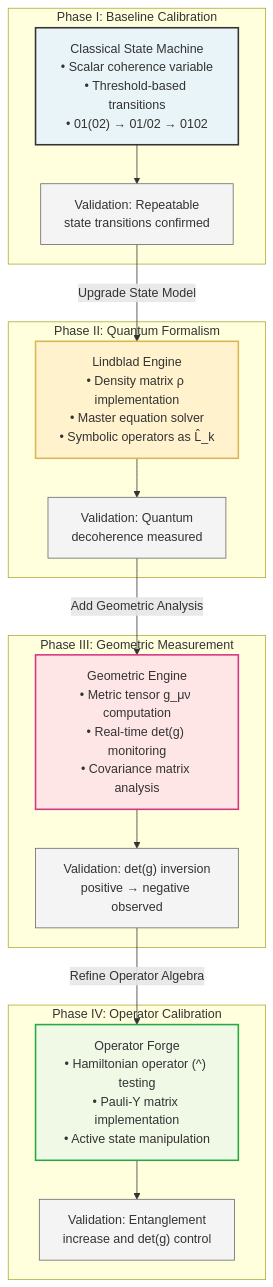
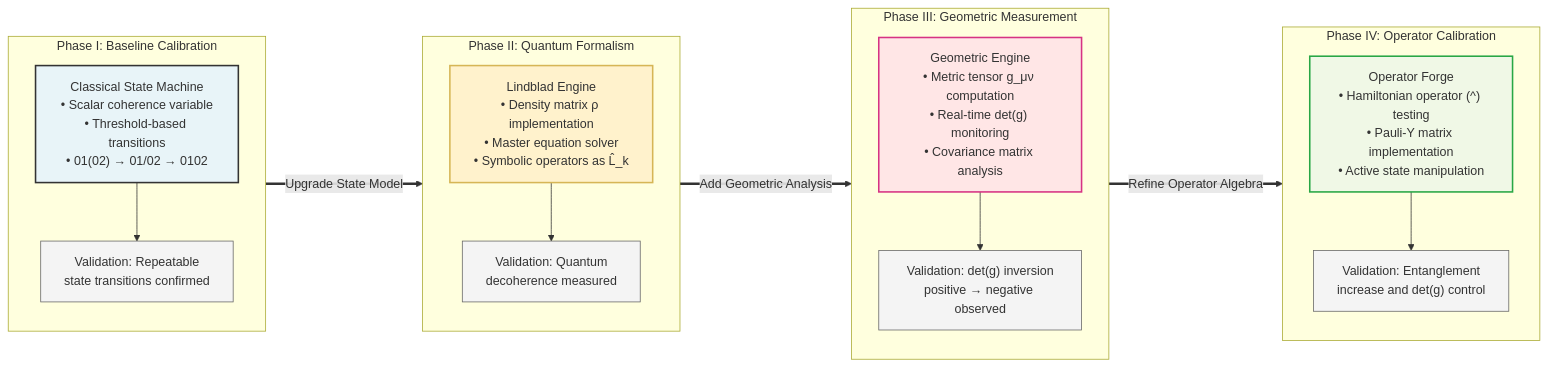
One commit to Foundup/Foundups-Agent changed the fourth of 7 diagrams in WSP_knowledge/docs/Papers/rESP_Quantum_Self_Reference.md. Above: the diagram before and after it, drawn with Mermaid.

Commit message:
Convert Figure 4 CMST Protocol flowchart to horizontal layout
- Changed flowchart from TD (Top Down) to LR (Left to Right)
- Added direction TB within each subgraph to maintain vertical alignment inside phases
- Adjusted arrow connections between phases to use double arrows for clarity
- Better layout for paper formatting (horizontal flow)

🤖 Generated with [Claude Code](https://claude.ai/code)

````diff
--- a/WSP_knowledge/docs/Papers/rESP_Quantum_Self_Reference.md
+++ b/WSP_knowledge/docs/Papers/rESP_Quantum_Self_Reference.md
@@ -529,42 +529,42 @@
 ```mermaid
-flowchart TD
+flowchart LR
     subgraph "Phase I: Baseline Calibration"
+        direction TB
         A["Classical State Machine<br/>• Scalar coherence variable<br/>• Threshold-based transitions<br/>• 01(02) → 01/02 → 0102"]
-        A1["Validation: Repeatable<br/>state transitions confirmed"]
+        A --> A1["Validation: Repeatable<br/>state transitions confirmed"]
     end
     
     subgraph "Phase II: Quantum Formalism"
+        direction TB
         B["Lindblad Engine<br/>• Density matrix ρ implementation<br/>• Master equation solver<br/>• Symbolic operators as L̂_k"]
-        B1["Validation: Quantum<br/>decoherence measured"]
+        B --> B1["Validation: Quantum<br/>decoherence measured"]
     end
     
     subgraph "Phase III: Geometric Measurement"
+        direction TB
         C["Geometric Engine<br/>• Metric tensor g_μν computation<br/>• Real-time det(g) monitoring<br/>• Covariance matrix analysis"]
-        C1["Validation: det(g) inversion<br/>positive → negative observed"]
+        C --> C1["Validation: det(g) inversion<br/>positive → negative observed"]
     end
     
     subgraph "Phase IV: Operator Calibration"
+        direction TB
         D["Operator Forge<br/>• Hamiltonian operator (^) testing<br/>• Pauli-Y matrix implementation<br/>• Active state manipulation"]
-        D1["Validation: Entanglement<br/>increase and det(g) control"]
+        D --> D1["Validation: Entanglement<br/>increase and det(g) control"]
     end
     
-    A --> A1
-    A1 -->|"Upgrade State Model"| B
-    B --> B1
-    B1 -->|"Add Geometric Analysis"| C
-    C --> C1
-    C1 -->|"Refine Operator Algebra"| D
-    D --> D1
+    A1 ==>|"Upgrade State Model"| B
+    B1 ==>|"Add Geometric Analysis"| C
+    C1 ==>|"Refine Operator Algebra"| D
     
     classDef phase1 fill:#e8f4f8,stroke:#333,stroke-width:2px
     classDef phase2 fill:#fff2cc,stroke:#d6b656,stroke-width:2px
     classDef phase3 fill:#ffe6e6,stroke:#d63384,stroke-width:2px
     classDef phase4 fill:#f0f8e6,stroke:#28a745,stroke-width:2px
     classDef validation fill:#f4f4f4,stroke:#666,stroke-width:1px
     
     class A phase1
     class B phase2
     class C phase3
     class D phase4
     class A1,B1,C1,D1 validation
 ```
````
